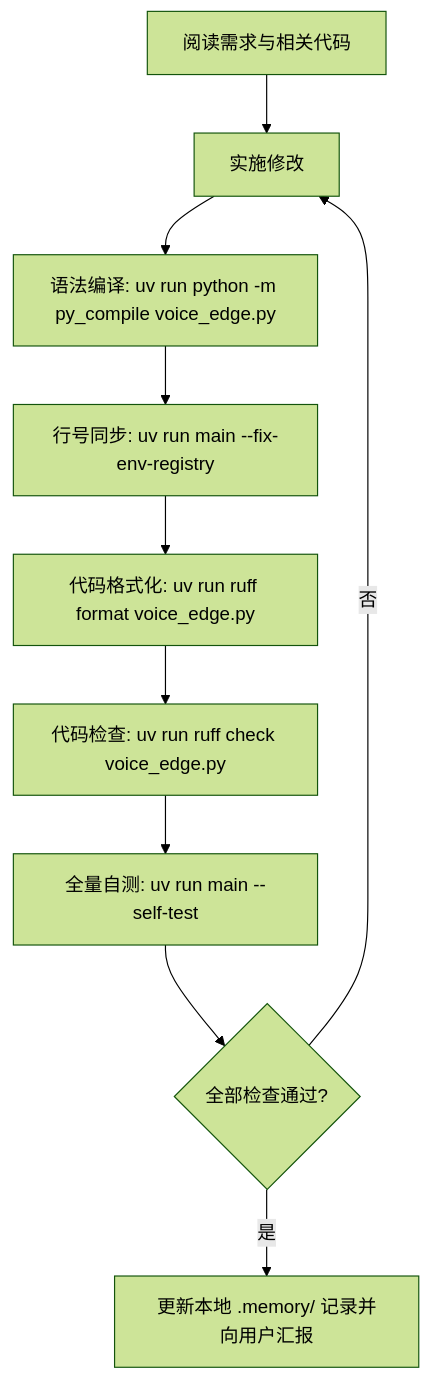
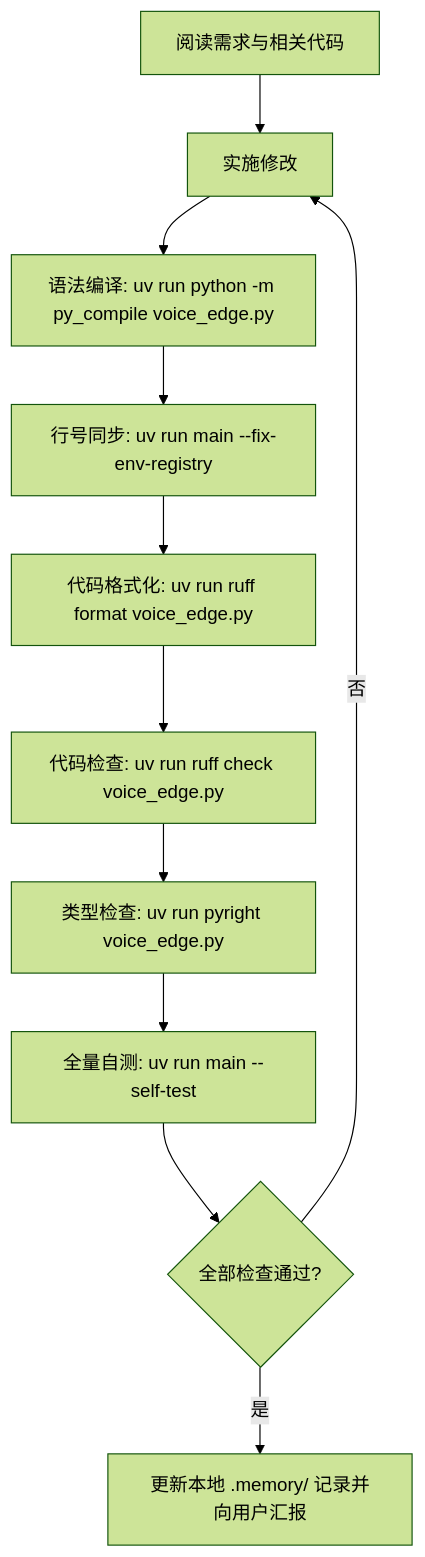
Before and after one commit to woniuzfb/voice-edge: the diagram in AGENTS.md, drawn with Mermaid (forest theme). The commit also changed other lines of this file and 5 other files, not shown here.

````diff
--- a/AGENTS.md
+++ b/AGENTS.md
@@ -98,12 +113,13 @@
 ```mermaid
 flowchart TD
     A[阅读需求与相关代码] --> B[实施修改]
     B --> C[语法编译: uv run python -m py_compile voice_edge.py]
     C --> D[行号同步: uv run main --fix-env-registry]
     D --> E[代码格式化: uv run ruff format voice_edge.py]
     E --> F[代码检查: uv run ruff check voice_edge.py]
-    F --> G[全量自测: uv run main --self-test]
+    F --> P[类型检查: uv run pyright voice_edge.py]
+    P --> G[全量自测: uv run main --self-test]
     G --> H{全部检查通过?}
     H -- 否 --> B
     H -- 是 --> I[更新本地 .memory/ 记录并向用户汇报]
 ```
````
